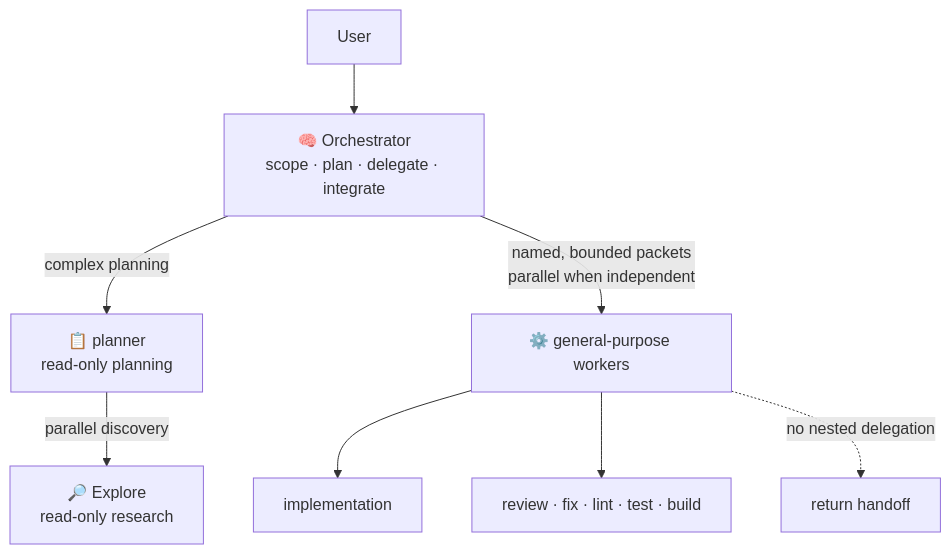
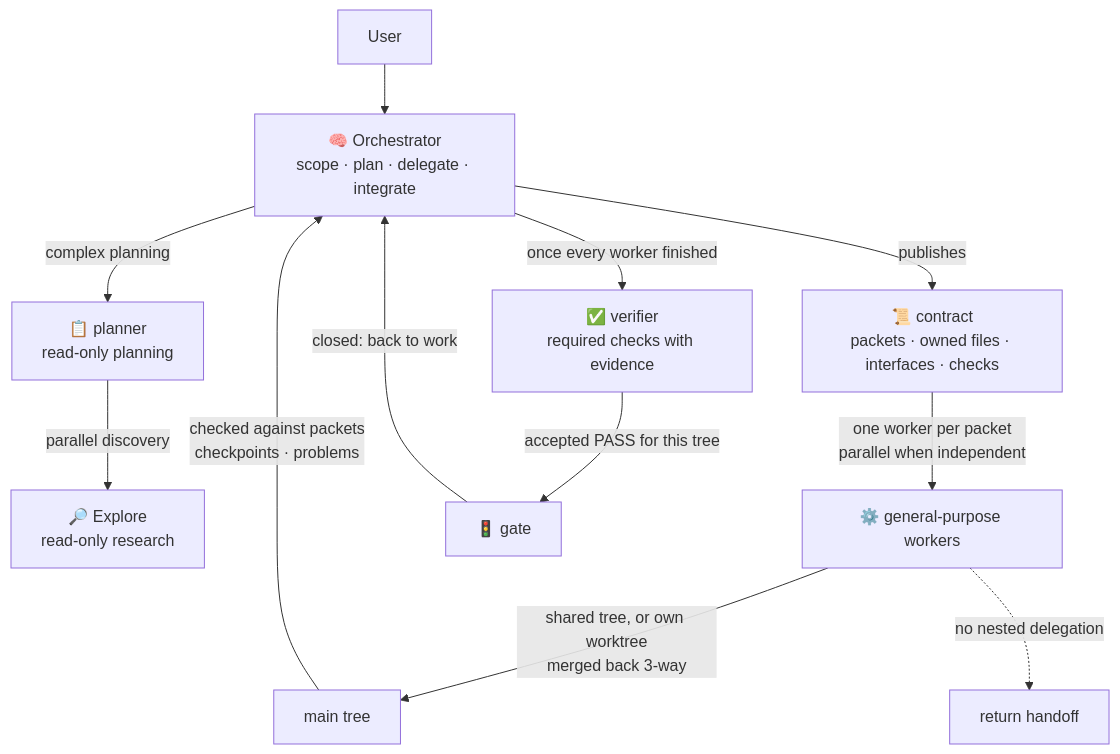
Before and after one commit to Choeng-Rayu/rayu-cli: the third of 11 diagrams in rayu/architecture/ARCHITECTURE.md, drawn with Mermaid. The commit also changed other lines of this file and 174 other files, not shown here.

````diff
--- a/rayu/architecture/ARCHITECTURE.md
+++ b/rayu/architecture/ARCHITECTURE.md
@@ -176,10 +176,14 @@
 ```mermaid
 graph TD
     U["User"] --> O["🧠 Orchestrator<br>scope · plan · delegate · integrate"]
     O -->|"complex planning"| PL["📋 planner<br>read-only planning"]
     PL -->|"parallel discovery"| EX["🔎 Explore<br>read-only research"]
-    O -->|"named, bounded packets<br>parallel when independent"| GP["⚙️ general-purpose workers"]
-    GP --> IMPL["implementation"]
-    GP --> VERIFY["review · fix · lint · test · build"]
+    O -->|"publishes"| C["📜 contract<br>packets · owned files · interfaces · checks"]
+    C -->|"one worker per packet<br>parallel when independent"| GP["⚙️ general-purpose workers"]
+    GP -->|"shared tree, or own worktree<br>merged back 3-way"| TREE["main tree"]
+    TREE -->|"checked against packets<br>checkpoints · problems"| O
+    O -->|"once every worker finished"| VF["✅ verifier<br>required checks with evidence"]
+    VF -->|"accepted PASS for this tree"| GATE["🚦 gate"]
+    GATE -->|"closed: back to work"| O
     GP -.->|"no nested delegation"| STOP["return handoff"]
 ```
````
